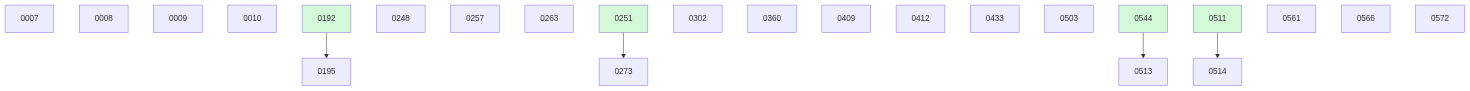
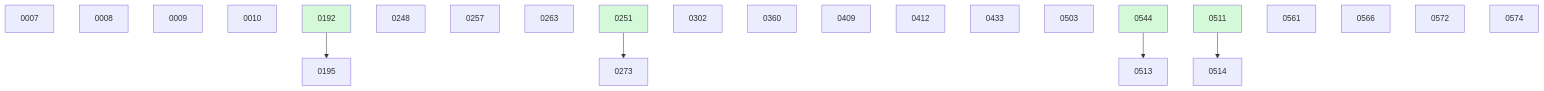
Before and after one commit to danielhanold/docket: the diagram in docs/changes/BOARD.md, drawn with Mermaid. The commit also changed other lines of this file and 1 other file, not shown here.

````diff
--- a/docs/changes/BOARD.md
+++ b/docs/changes/BOARD.md
@@ -40,28 +41,29 @@
 ```mermaid
 graph TD
   0007
   0008
   0009
   0010
   0192 --> 0195
   0248
   0257
   0263
   0251 --> 0273
   0302
   0360
   0409
   0412
   0433
   0503
   0544 --> 0513
   0511 --> 0514
   0561
   0566
   0572
+  0574
   0192:::done
   0251:::done
   0511:::done
   0544:::done
   classDef done fill:#d3f9d8;
 ```
````
